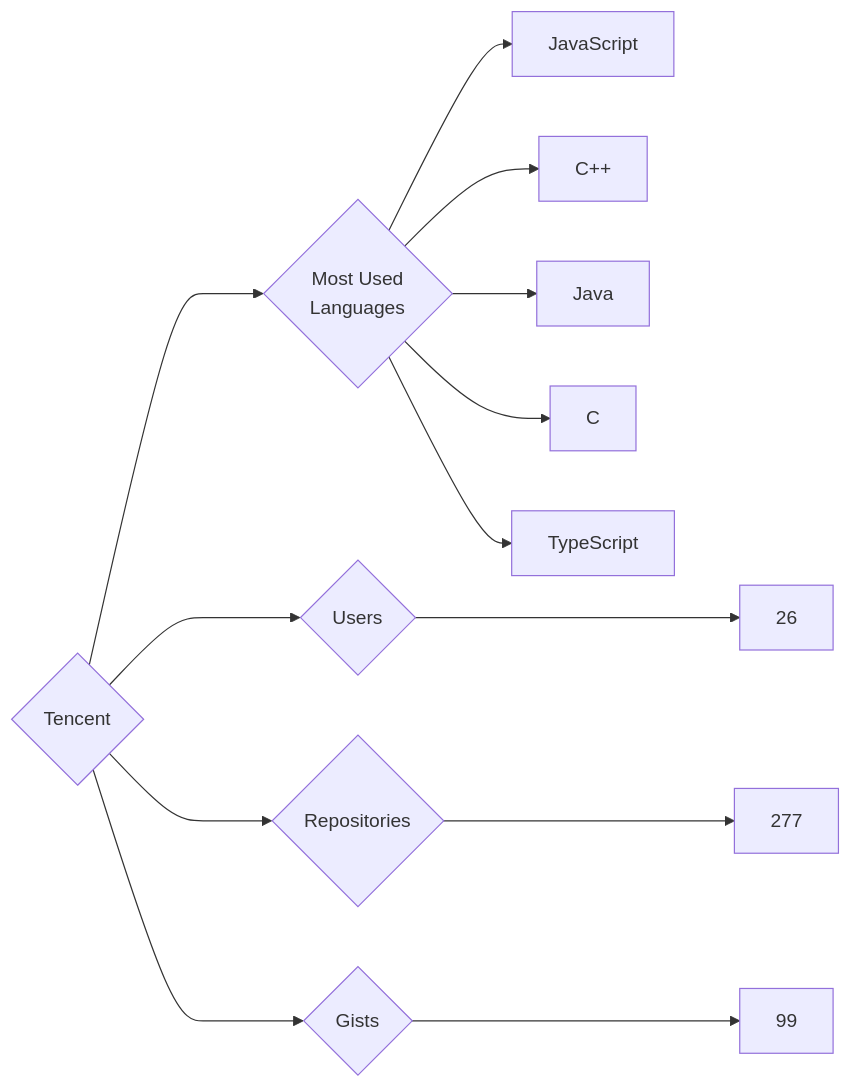
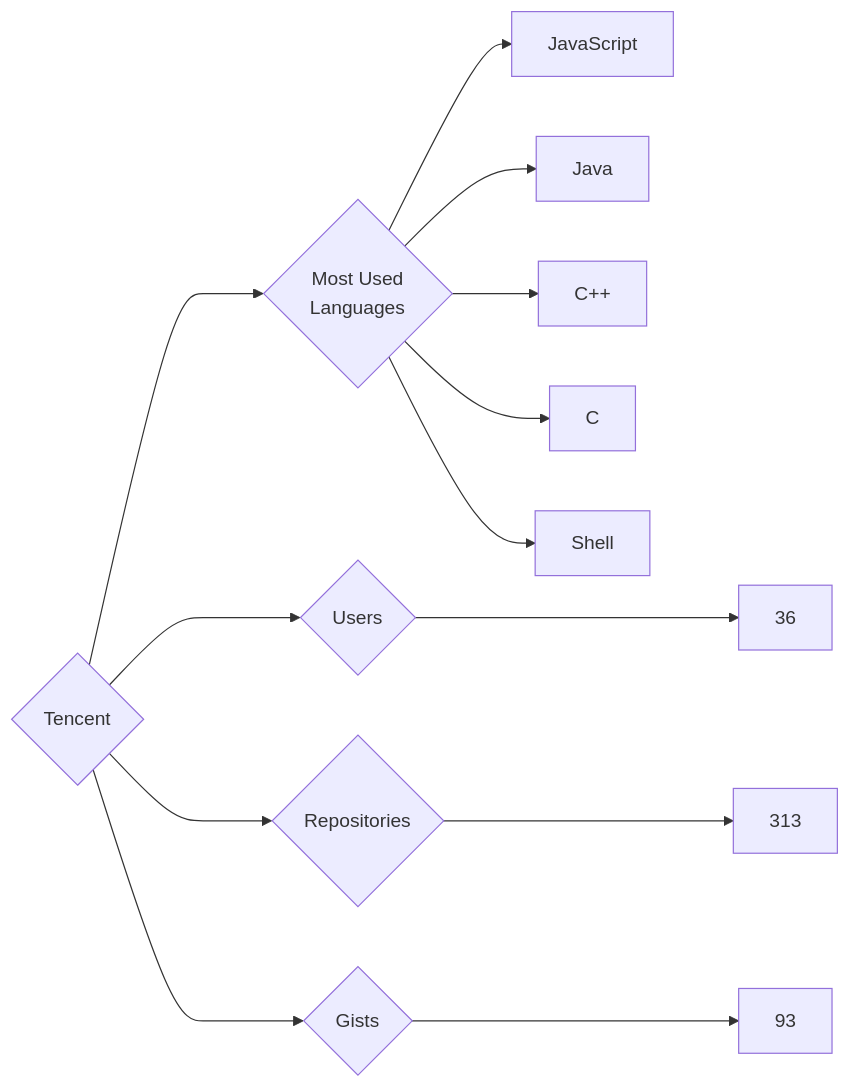
Before and after one commit to trickest/insiders: the diagram in targets/Tencent/README.md, drawn with Mermaid. The commit also changed 995 other files, not shown here.

````diff
--- a/targets/Tencent/README.md
+++ b/targets/Tencent/README.md
@@ -3,13 +3,13 @@
 ```mermaid
 graph LR
 COMPANY_NAME{Tencent}
-COMPANY_NAME ---> U{Users} ---> UN[26]
-COMPANY_NAME ---> R{Repositories} ---> RN[277]
-COMPANY_NAME ---> G{Gists} ---> GN[99]
+COMPANY_NAME ---> U{Users} ---> UN[36]
+COMPANY_NAME ---> R{Repositories} ---> RN[313]
+COMPANY_NAME ---> G{Gists} ---> GN[93]
 COMPANY_NAME ---> ML{Most Used<br>Languages}
 ML --> JavaScript[JavaScript]
+ML --> Java[Java]
 ML --> C++[C++]
-ML --> Java[Java]
 ML --> C[C]
-ML --> TypeScript[TypeScript]
+ML --> Shell[Shell]
 ```
````
